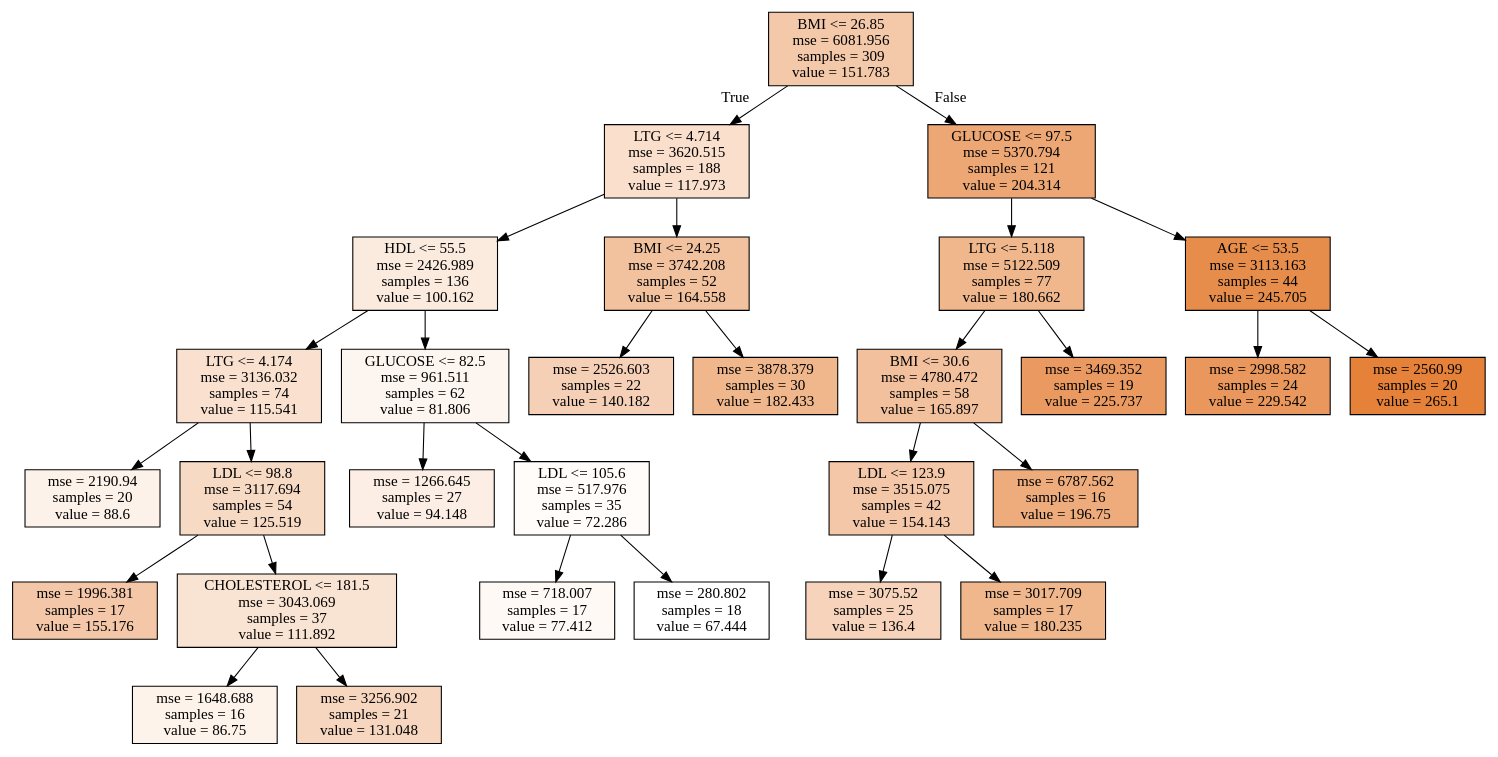
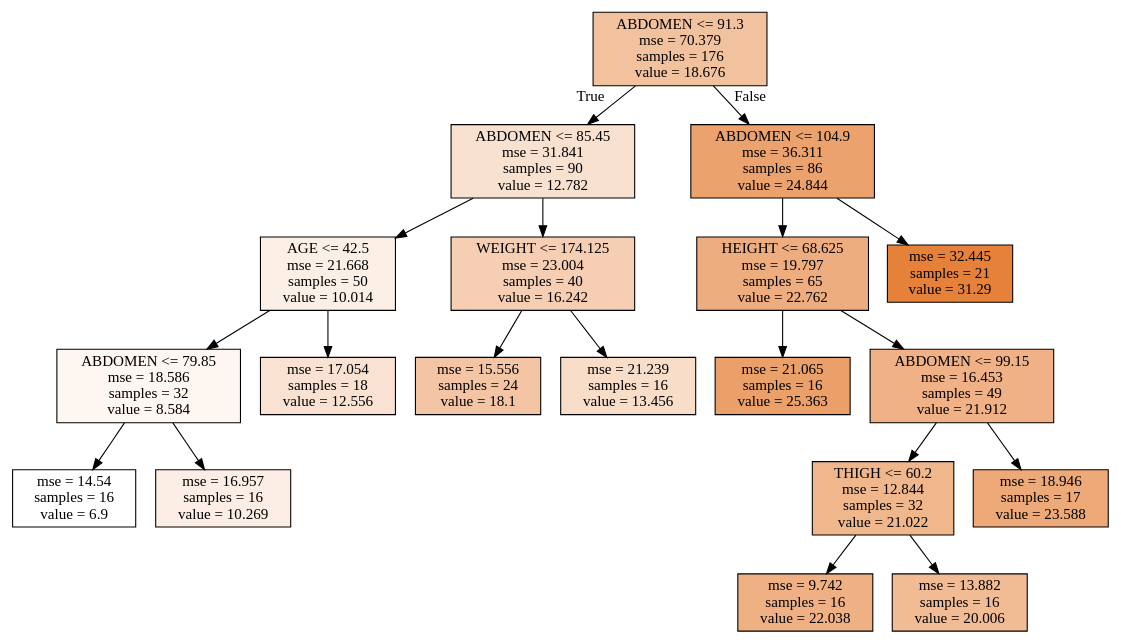
Before and after one commit to wonbae/data-analytics: the diagram in tree_leaf.dot, drawn with Graphviz. The commit also changed 11 other files, not shown here.

```diff
--- a/tree_leaf.dot
+++ b/tree_leaf.dot
@@ -1,60 +1,40 @@
 digraph Tree {
 node [shape=box, style="filled", color="black"] ;
-0 [label="BMI <= 26.85\nmse = 6081.956\nsamples = 309\nvalue = 151.783", fillcolor="#e581396d"] ;
-1 [label="LTG <= 4.714\nmse = 3620.515\nsamples = 188\nvalue = 117.973", fillcolor="#e5813941"] ;
+0 [label="ABDOMEN <= 91.3\nmse = 70.379\nsamples = 176\nvalue = 18.676", fillcolor="#e581397b"] ;
+1 [label="ABDOMEN <= 85.45\nmse = 31.841\nsamples = 90\nvalue = 12.782", fillcolor="#e581393d"] ;
 0 -> 1 [labeldistance=2.5, labelangle=45, headlabel="True"] ;
-2 [label="HDL <= 55.5\nmse = 2426.989\nsamples = 136\nvalue = 100.162", fillcolor="#e581392a"] ;
+2 [label="AGE <= 42.5\nmse = 21.668\nsamples = 50\nvalue = 10.014", fillcolor="#e5813921"] ;
 1 -> 2 ;
-3 [label="LTG <= 4.174\nmse = 3136.032\nsamples = 74\nvalue = 115.541", fillcolor="#e581393e"] ;
+3 [label="ABDOMEN <= 79.85\nmse = 18.586\nsamples = 32\nvalue = 8.584", fillcolor="#e5813912"] ;
 2 -> 3 ;
-4 [label="mse = 2190.94\nsamples = 20\nvalue = 88.6", fillcolor="#e581391b"] ;
+4 [label="mse = 14.54\nsamples = 16\nvalue = 6.9", fillcolor="#e5813900"] ;
 3 -> 4 ;
-5 [label="LDL <= 98.8\nmse = 3117.694\nsamples = 54\nvalue = 125.519", fillcolor="#e581394b"] ;
+5 [label="mse = 16.957\nsamples = 16\nvalue = 10.269", fillcolor="#e5813923"] ;
 3 -> 5 ;
-6 [label="mse = 1996.381\nsamples = 17\nvalue = 155.176", fillcolor="#e5813971"] ;
-5 -> 6 ;
-7 [label="CHOLESTEROL <= 181.5\nmse = 3043.069\nsamples = 37\nvalue = 111.892", fillcolor="#e5813939"] ;
-5 -> 7 ;
-8 [label="mse = 1648.688\nsamples = 16\nvalue = 86.75", fillcolor="#e5813919"] ;
+6 [label="mse = 17.054\nsamples = 18\nvalue = 12.556", fillcolor="#e581393b"] ;
+2 -> 6 ;
+7 [label="WEIGHT <= 174.125\nmse = 23.004\nsamples = 40\nvalue = 16.242", fillcolor="#e5813962"] ;
+1 -> 7 ;
+8 [label="mse = 15.556\nsamples = 24\nvalue = 18.1", fillcolor="#e5813975"] ;
 7 -> 8 ;
-9 [label="mse = 3256.902\nsamples = 21\nvalue = 131.048", fillcolor="#e5813952"] ;
+9 [label="mse = 21.239\nsamples = 16\nvalue = 13.456", fillcolor="#e5813945"] ;
 7 -> 9 ;
-10 [label="GLUCOSE <= 82.5\nmse = 961.511\nsamples = 62\nvalue = 81.806", fillcolor="#e5813913"] ;
-2 -> 10 ;
-11 [label="mse = 1266.645\nsamples = 27\nvalue = 94.148", fillcolor="#e5813922"] ;
+10 [label="ABDOMEN <= 104.9\nmse = 36.311\nsamples = 86\nvalue = 24.844", fillcolor="#e58139bc"] ;
+0 -> 10 [labeldistance=2.5, labelangle=-45, headlabel="False"] ;
+11 [label="HEIGHT <= 68.625\nmse = 19.797\nsamples = 65\nvalue = 22.762", fillcolor="#e58139a6"] ;
 10 -> 11 ;
-12 [label="LDL <= 105.6\nmse = 517.976\nsamples = 35\nvalue = 72.286", fillcolor="#e5813906"] ;
-10 -> 12 ;
-13 [label="mse = 718.007\nsamples = 17\nvalue = 77.412", fillcolor="#e581390d"] ;
-12 -> 13 ;
-14 [label="mse = 280.802\nsamples = 18\nvalue = 67.444", fillcolor="#e5813900"] ;
-12 -> 14 ;
-15 [label="BMI <= 24.25\nmse = 3742.208\nsamples = 52\nvalue = 164.558", fillcolor="#e581397d"] ;
-1 -> 15 ;
-16 [label="mse = 2526.603\nsamples = 22\nvalue = 140.182", fillcolor="#e581395e"] ;
-15 -> 16 ;
-17 [label="mse = 3878.379\nsamples = 30\nvalue = 182.433", fillcolor="#e5813994"] ;
-15 -> 17 ;
-18 [label="GLUCOSE <= 97.5\nmse = 5370.794\nsamples = 121\nvalue = 204.314", fillcolor="#e58139b1"] ;
-0 -> 18 [labeldistance=2.5, labelangle=-45, headlabel="False"] ;
-19 [label="LTG <= 5.118\nmse = 5122.509\nsamples = 77\nvalue = 180.662", fillcolor="#e5813992"] ;
-18 -> 19 ;
-20 [label="BMI <= 30.6\nmse = 4780.472\nsamples = 58\nvalue = 165.897", fillcolor="#e581397f"] ;
-19 -> 20 ;
-21 [label="LDL <= 123.9\nmse = 3515.075\nsamples = 42\nvalue = 154.143", fillcolor="#e5813970"] ;
-20 -> 21 ;
-22 [label="mse = 3075.52\nsamples = 25\nvalue = 136.4", fillcolor="#e5813959"] ;
-21 -> 22 ;
-23 [label="mse = 3017.709\nsamples = 17\nvalue = 180.235", fillcolor="#e5813992"] ;
-21 -> 23 ;
-24 [label="mse = 6787.562\nsamples = 16\nvalue = 196.75", fillcolor="#e58139a7"] ;
-20 -> 24 ;
-25 [label="mse = 3469.352\nsamples = 19\nvalue = 225.737", fillcolor="#e58139cc"] ;
-19 -> 25 ;
-26 [label="AGE <= 53.5\nmse = 3113.163\nsamples = 44\nvalue = 245.705", fillcolor="#e58139e6"] ;
-18 -> 26 ;
-27 [label="mse = 2998.582\nsamples = 24\nvalue = 229.542", fillcolor="#e58139d1"] ;
-26 -> 27 ;
-28 [label="mse = 2560.99\nsamples = 20\nvalue = 265.1", fillcolor="#e58139ff"] ;
-26 -> 28 ;
+12 [label="mse = 21.065\nsamples = 16\nvalue = 25.363", fillcolor="#e58139c1"] ;
+11 -> 12 ;
+13 [label="ABDOMEN <= 99.15\nmse = 16.453\nsamples = 49\nvalue = 21.912", fillcolor="#e581399d"] ;
+11 -> 13 ;
+14 [label="THIGH <= 60.2\nmse = 12.844\nsamples = 32\nvalue = 21.022", fillcolor="#e5813994"] ;
+13 -> 14 ;
+15 [label="mse = 9.742\nsamples = 16\nvalue = 22.038", fillcolor="#e581399e"] ;
+14 -> 15 ;
+16 [label="mse = 13.882\nsamples = 16\nvalue = 20.006", fillcolor="#e5813989"] ;
+14 -> 16 ;
+17 [label="mse = 18.946\nsamples = 17\nvalue = 23.588", fillcolor="#e58139ae"] ;
+13 -> 17 ;
+18 [label="mse = 32.445\nsamples = 21\nvalue = 31.29", fillcolor="#e58139ff"] ;
+10 -> 18 ;
 }
```
